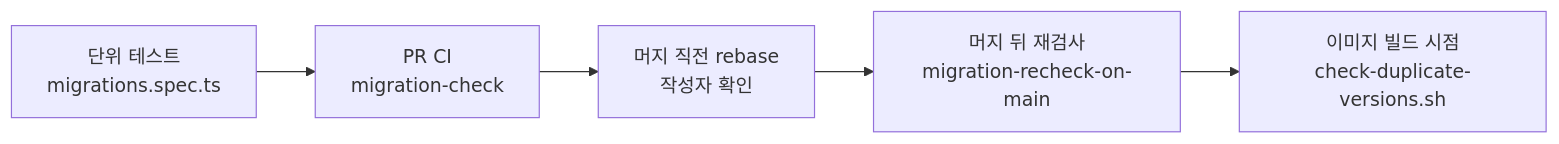
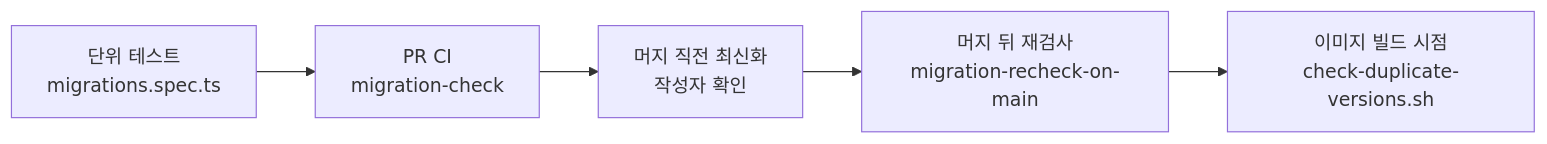
The diagram in spec/CLE-ENG/CLE-ENG-MIGRATION.md (worker-ants/clemvion), drawn with Mermaid before and after one commit. The commit also changed other lines of this file and 35 other files, not shown here.

````diff
--- a/spec/CLE-ENG/CLE-ENG-MIGRATION.md
+++ b/spec/CLE-ENG/CLE-ENG-MIGRATION.md
@@ -110,7 +110,7 @@
 ```mermaid
 flowchart LR
   U["단위 테스트<br/>migrations.spec.ts"] --> P["PR CI<br/>migration-check"]
-  P --> R["머지 직전 rebase<br/>작성자 확인"]
+  P --> R["머지 직전 최신화<br/>작성자 확인"]
   R --> M["머지 뒤 재검사<br/>migration-recheck-on-main"]
   M --> B["이미지 빌드 시점<br/>check-duplicate-versions.sh"]
 ```
````
